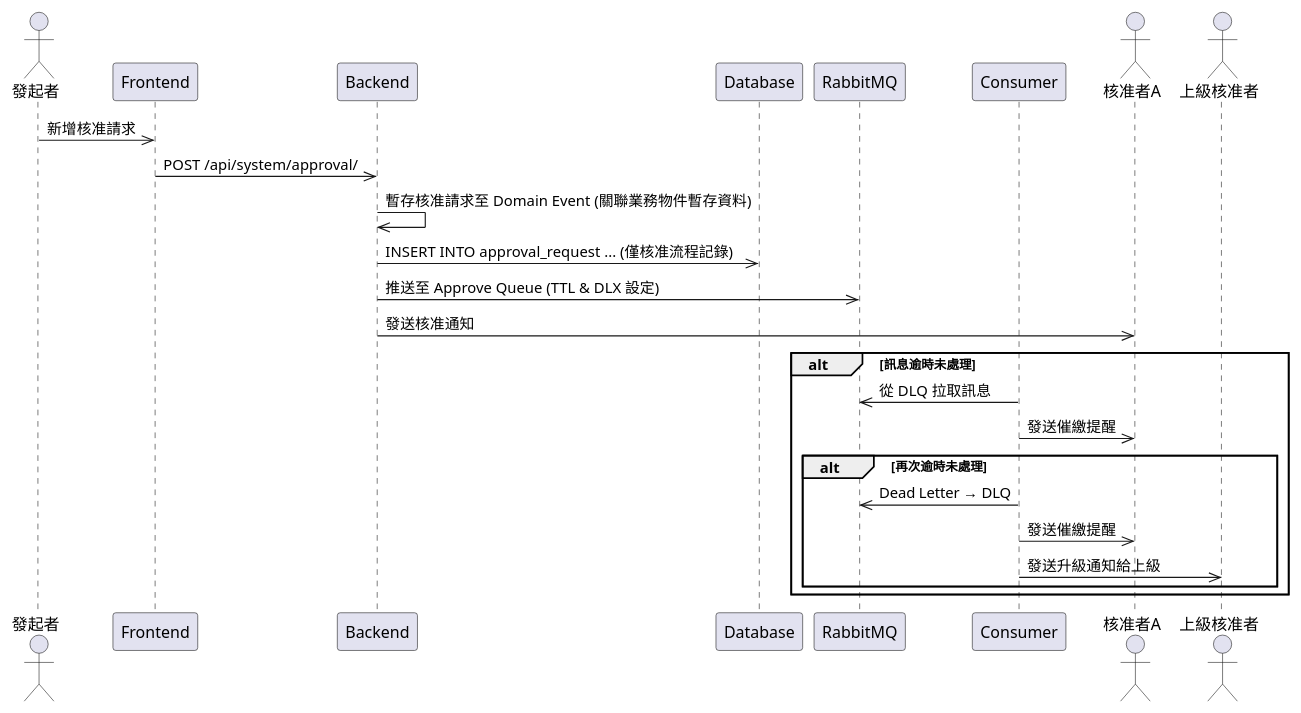
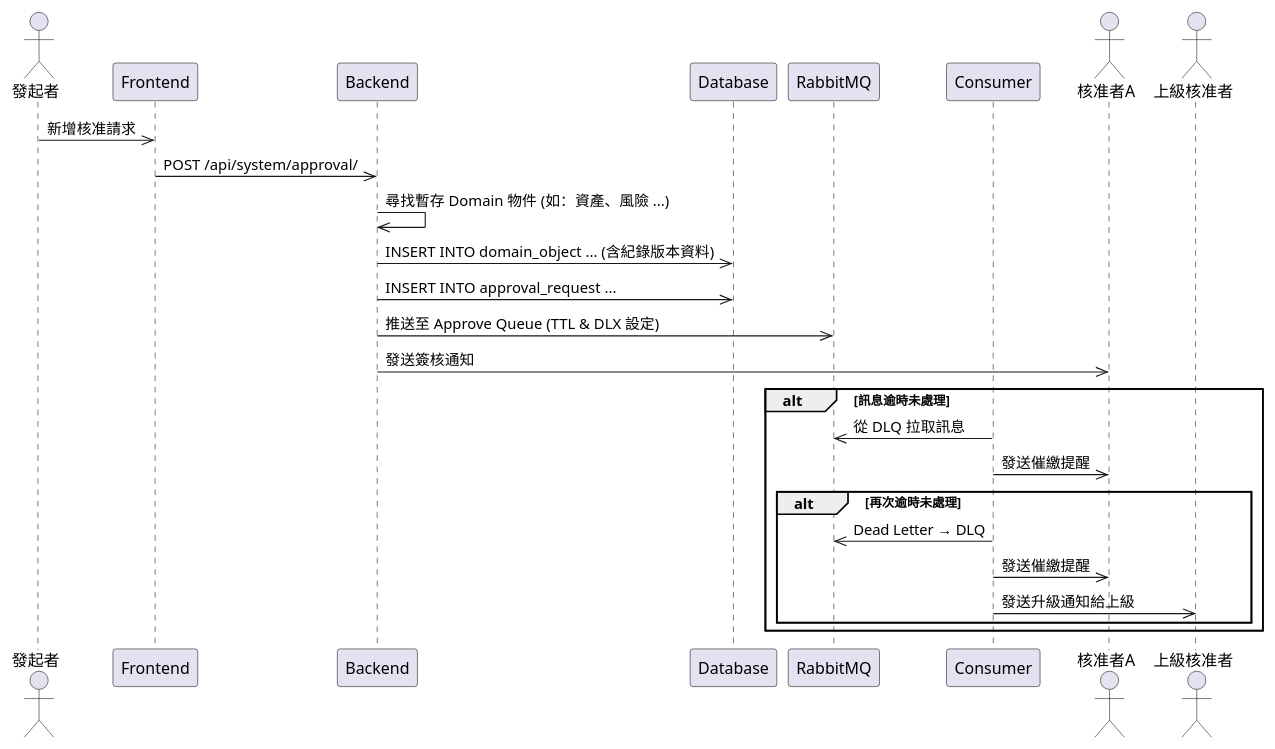
The diagram in plantUML/sequence/approval_notify.puml (walle45611/NTUB_SecuManag_Diagram), drawn with PlantUML before and after one commit. The commit also changed 12 other files, not shown here.

Commit message:
feat: 新增資產一覽表查詢流程圖，整合前端與後端資料流 feat: 新增物件 CRUD 流程圖，描述資料的新增、修改與刪除 feat: 新增風險力導圖流程圖，顯示風險評估與等級判斷 feat: 新增工作派工逾時處理流程圖，描述逾時通知與異常處理

```diff
--- a/plantUML/sequence/approval_notify.puml
+++ b/plantUML/sequence/approval_notify.puml
@@ -1,27 +1,28 @@
 @startuml
 actor User as "發起者"
 participant Frontend
 participant Backend
 participant Database
 participant RabbitMQ
 participant Consumer
 actor ReviewerA as "核准者A"
 actor ReviewerB as "上級核准者"
 
 User ->> Frontend: 新增核准請求
 Frontend ->> Backend: POST /api/system/approval/
-Backend ->> Backend: 暫存核准請求至 Domain Event (關聯業務物件暫存資料)
-Backend ->> Database: INSERT INTO approval_request ... (僅核准流程記錄)
+Backend ->> Backend: 尋找暫存 Domain 物件 (如：資產、風險 ...)
+Backend ->> Database: INSERT INTO domain_object ... (含紀錄版本資料)
+Backend ->> Database: INSERT INTO approval_request ...
 Backend ->> RabbitMQ: 推送至 Approve Queue (TTL & DLX 設定)
-Backend ->> ReviewerA: 發送核准通知
+Backend ->> ReviewerA: 發送簽核通知
 
 alt 訊息逾時未處理
     Consumer ->> RabbitMQ: 從 DLQ 拉取訊息
     Consumer ->> ReviewerA: 發送催繳提醒
     alt 再次逾時未處理
         Consumer ->> RabbitMQ: Dead Letter → DLQ
         Consumer ->> ReviewerA: 發送催繳提醒
         Consumer ->> ReviewerB: 發送升級通知給上級
     end
 end
 @enduml
```
